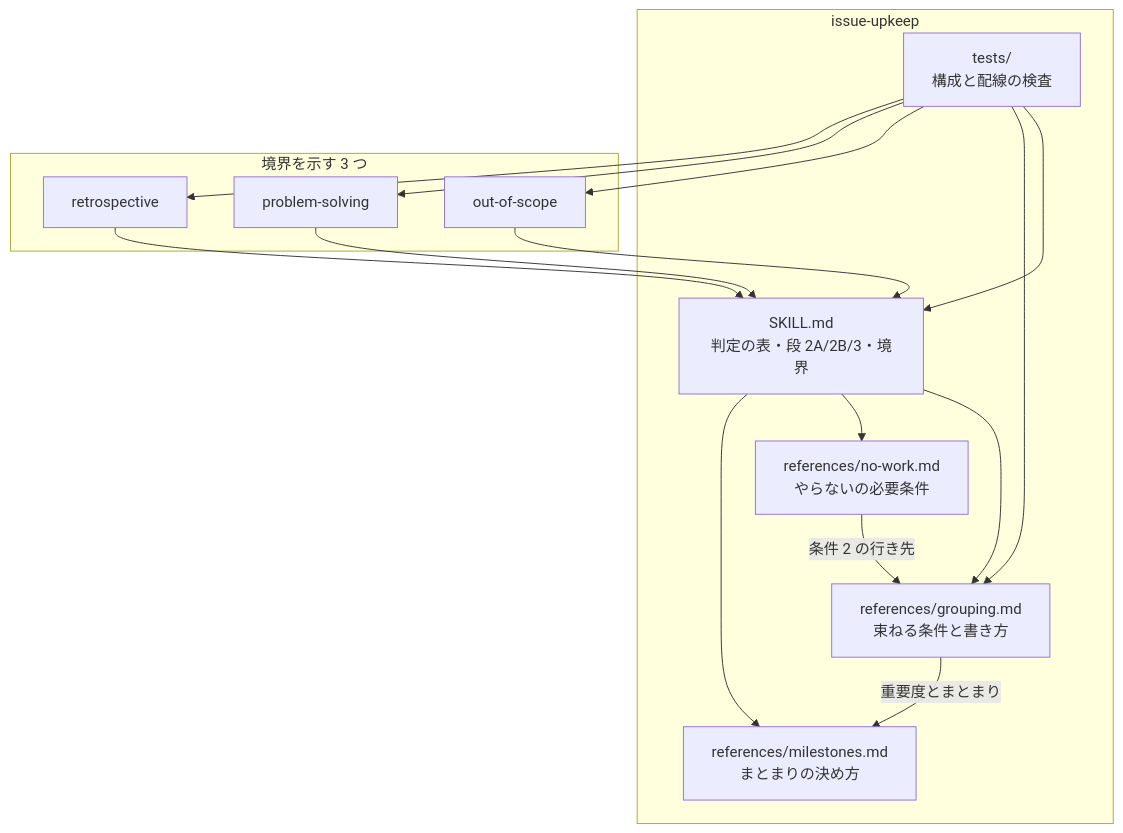
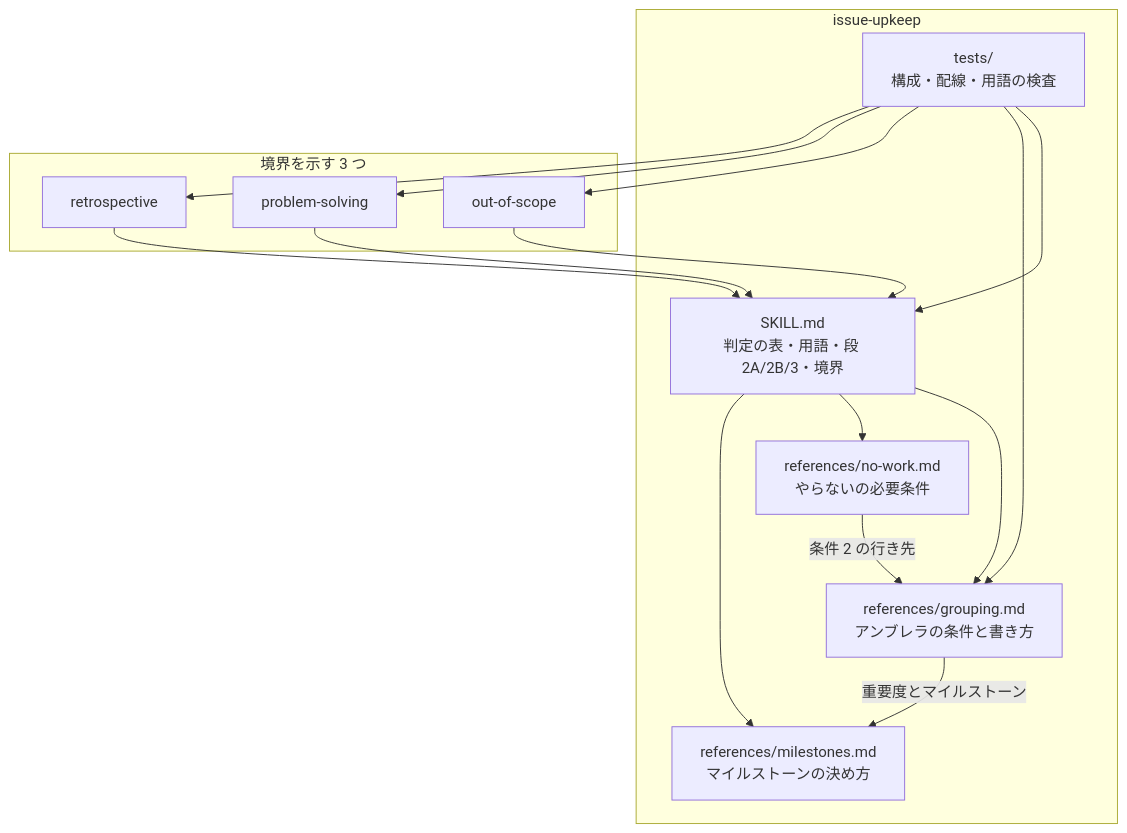
Before and after one commit to devbasex/ai-plugins: the second of 3 diagrams in issues/issue-712-713-design.md, drawn with Mermaid. The commit also changed other lines of this file and 1 other file, not shown here.

````diff
--- a/issues/issue-712-713-design.md
+++ b/issues/issue-712-713-design.md
@@ -214,28 +217,28 @@
 ```mermaid
 graph TD
     subgraph upkeep["issue-upkeep"]
-        SKILL["SKILL.md<br/>判定の表・段 2A/2B/3・境界"]
-        GROUPING["references/grouping.md<br/>束ねる条件と書き方"]
+        SKILL["SKILL.md<br/>判定の表・用語・段 2A/2B/3・境界"]
+        GROUPING["references/grouping.md<br/>アンブレラの条件と書き方"]
         NOWORK["references/no-work.md<br/>やらないの必要条件"]
-        MS["references/milestones.md<br/>まとまりの決め方"]
-        TEST["tests/<br/>構成と配線の検査"]
+        MS["references/milestones.md<br/>マイルストーンの決め方"]
+        TEST["tests/<br/>構成・配線・用語の検査"]
     end
     subgraph others["境界を示す 3 つ"]
         OOS["out-of-scope"]
         PS["problem-solving"]
         RETRO["retrospective"]
     end
     SKILL --> GROUPING
     SKILL --> NOWORK
     SKILL --> MS
     NOWORK -->|条件 2 の行き先| GROUPING
-    GROUPING -->|重要度とまとまり| MS
+    GROUPING -->|重要度とマイルストーン| MS
     TEST --> SKILL
     TEST --> GROUPING
     TEST --> OOS
     TEST --> PS
     TEST --> RETRO
     OOS --> SKILL
     PS --> SKILL
     RETRO --> SKILL
 ```
````
